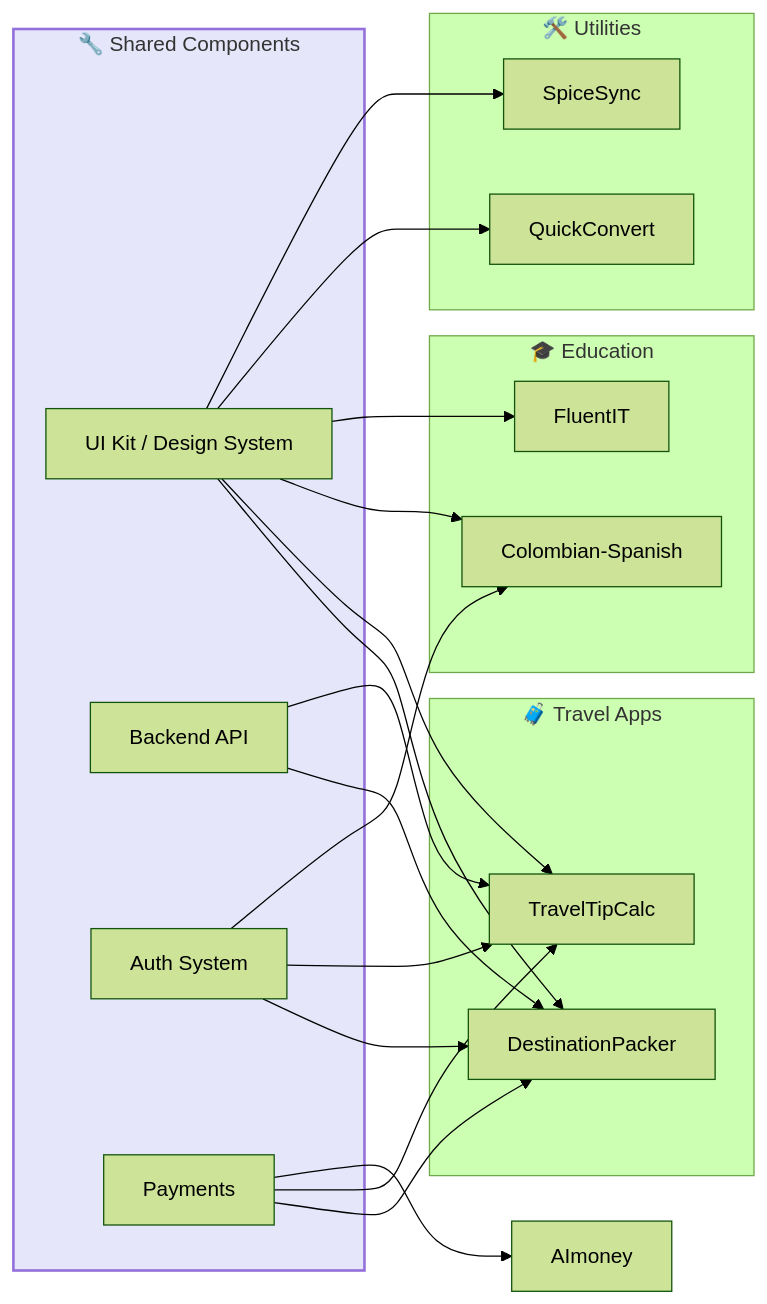
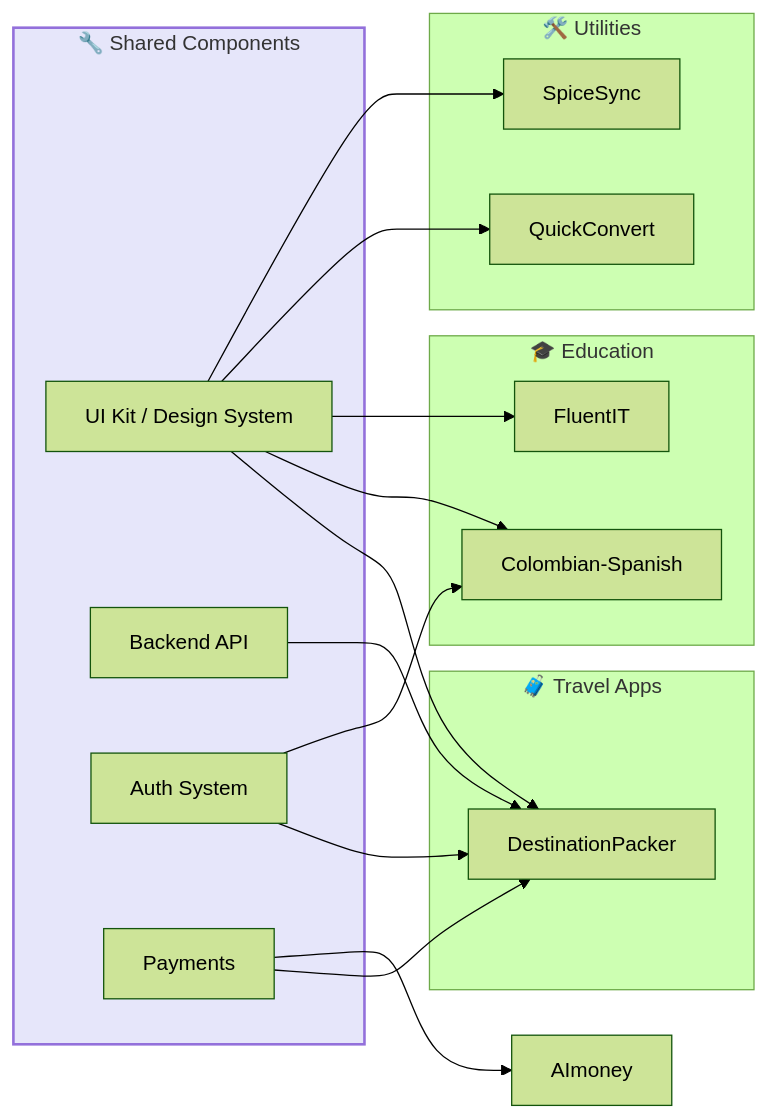
One commit to mikepitts25/VibeKeeper changed the fifth of 5 diagrams in projects-visual-tree.md. Above: the diagram before and after it, drawn with Mermaid (forest theme). The commit also changed other lines of this file and 1 other file, not shown here.

````diff
--- a/projects-visual-tree.md
+++ b/projects-visual-tree.md
@@ -120,31 +122,30 @@
 ```mermaid
 flowchart LR
     subgraph SHARED["🔧 Shared Components"]
         UI[UI Kit / Design System]
         API[Backend API]
         AUTH[Auth System]
         PAY[Payments]
     end
 
     subgraph TRAVEL["🧳 Travel Apps"]
         DP2[DestinationPacker]
-        TTC2[TravelTipCalc]
     end
 
     subgraph EDU["🎓 Education"]
         CS2[Colombian-Spanish]
         FI2[FluentIT]
     end
 
     subgraph UTIL["🛠️ Utilities"]
         QC2[QuickConvert]
         SS2[SpiceSync]
     end
 
-    UI --> DP2 & TTC2 & CS2 & FI2 & QC2 & SS2
-    API --> DP2 & TTC2
-    AUTH --> DP2 & TTC2 & CS2
-    PAY --> DP2 & TTC2 & AM2[AImoney]
+    UI --> DP2 & CS2 & FI2 & QC2 & SS2
+    API --> DP2
+    AUTH --> DP2 & CS2
+    PAY --> DP2 & AM2[AImoney]
 
     style SHARED fill:#E6E6FA,stroke:#9370DB,stroke-width:2px
 ```
````
